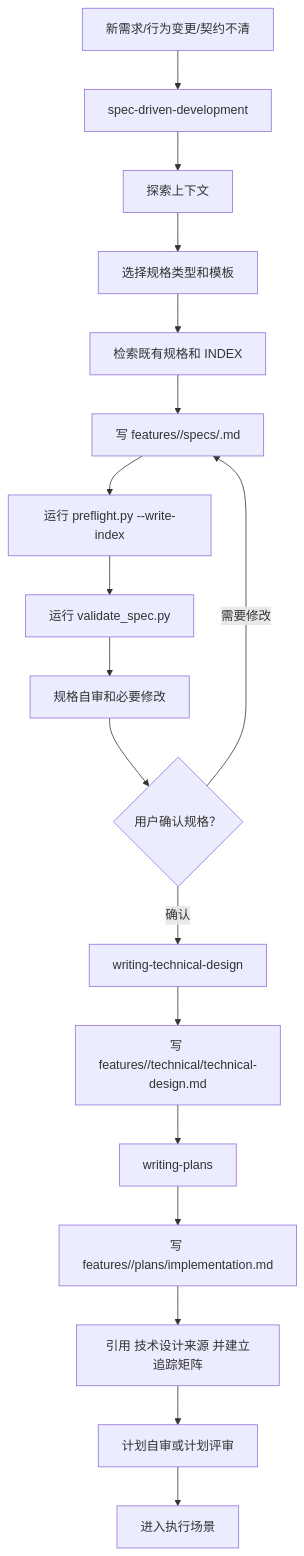
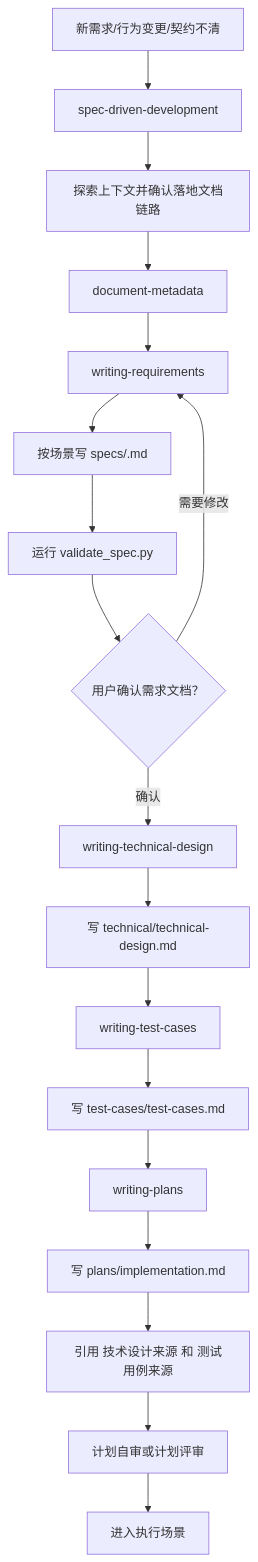
One commit to Vincen-dev/coding-plugins changed the third of 11 diagrams in docs/workflow-chain.md. Above: the diagram before and after it, drawn with Mermaid. The commit also changed other lines of this file and 32 other files, not shown here.

````diff
--- a/docs/workflow-chain.md
+++ b/docs/workflow-chain.md
@@ -176,20 +186,20 @@
 ```mermaid
 flowchart TD
   A["新需求/行为变更/契约不清"] --> B["spec-driven-development"]
-  B --> C["探索上下文"]
-  C --> D["选择规格类型和模板"]
-  D --> E["检索既有规格和 INDEX"]
-  E --> F["写 features/<feature-name>/specs/<spec-kind>.md"]
-  F --> G["运行 preflight.py --write-index"]
-  G --> H["运行 validate_spec.py"]
-  H --> I["规格自审和必要修改"]
-  I --> J{"用户确认规格？"}
-  J -->|需要修改| F
-  J -->|确认| TD["writing-technical-design"]
-  TD --> K["写 features/<feature-name>/technical/technical-design.md"]
-  K --> L["writing-plans"]
-  L --> M["写 features/<feature-name>/plans/implementation.md"]
-  M --> N["引用 技术设计来源 并建立追踪矩阵"]
-  N --> O["计划自审或计划评审"]
-  O --> P["进入执行场景"]
+  B --> C["探索上下文并确认落地文档链路"]
+  C --> META["document-metadata"]
+  META --> D["writing-requirements"]
+  D --> E["按场景写 specs/<spec-kind>.md"]
+  E --> F["运行 validate_spec.py"]
+  F --> G{"用户确认需求文档？"}
+  G -->|需要修改| D
+  G -->|确认| TD["writing-technical-design"]
+  TD --> H["写 technical/technical-design.md"]
+  H --> TC["writing-test-cases"]
+  TC --> I["写 test-cases/test-cases.md"]
+  I --> PLAN["writing-plans"]
+  PLAN --> J["写 plans/implementation.md"]
+  J --> K["引用 技术设计来源 和 测试用例来源"]
+  K --> L["计划自审或计划评审"]
+  L --> M["进入执行场景"]
 ```
````
